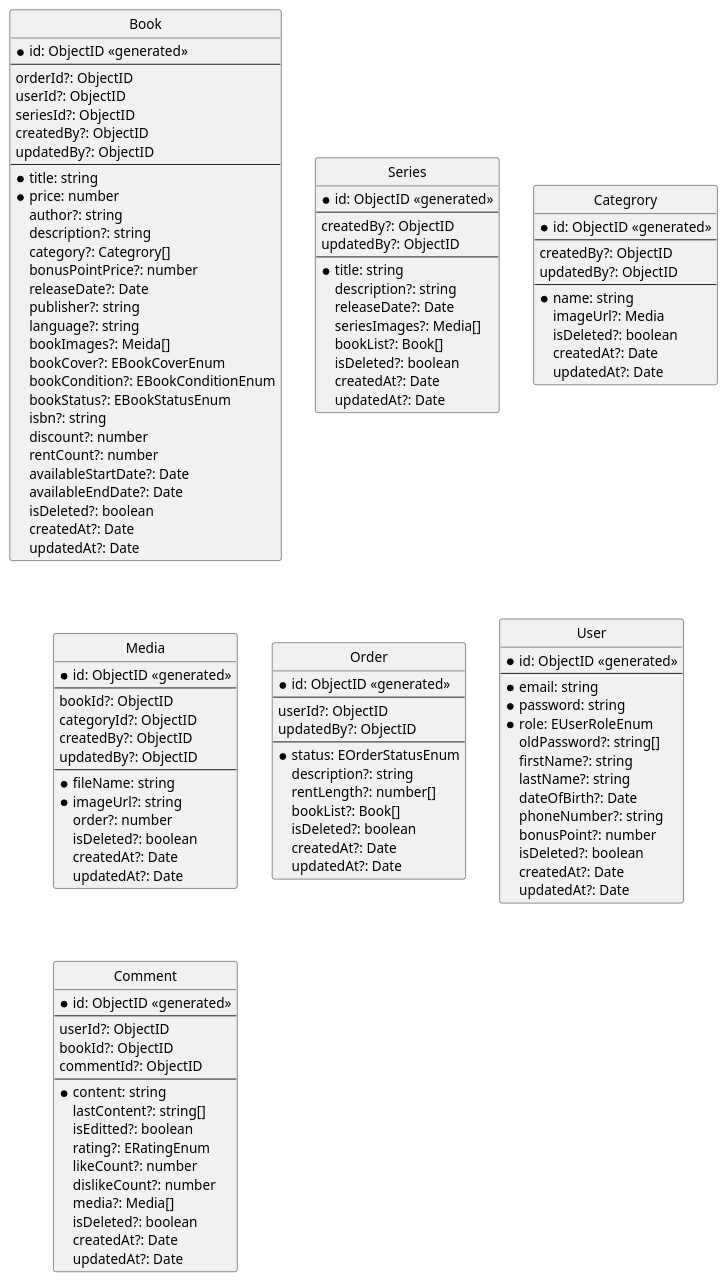
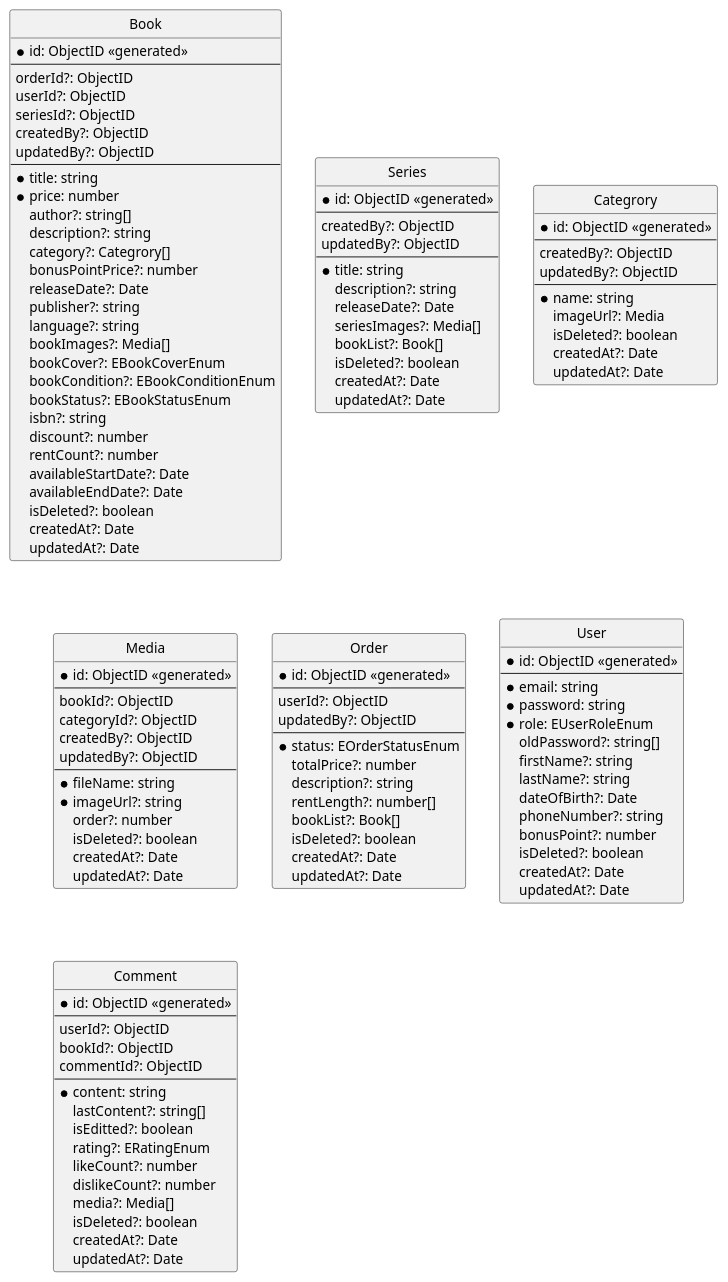
The diagram in docs/ERD/ERD.puml (taint3110/bookshare), drawn with PlantUML before and after one commit. The commit also changed 33 other files, not shown here.

```diff
--- a/docs/ERD/ERD.puml
+++ b/docs/ERD/ERD.puml
@@ -1,173 +1,174 @@
 @startuml BookShare Entity Relationship Diagram
 hide circle
 skinparam linetype ortho
 
 
 entity "Book" as book {
   *id: ObjectID <<generated>>
   --
   orderId?: ObjectID
   userId?: ObjectID
   seriesId?: ObjectID
   createdBy?: ObjectID
   updatedBy?: ObjectID
   --
   *title: string
   *price: number
-  author?: string
+  author?: string[]
   description?: string
   category?: Categrory[]
   bonusPointPrice?: number
   releaseDate?: Date
   publisher?: string
   language?: string
-  bookImages?: Meida[]
+  bookImages?: Media[]
   bookCover?: EBookCoverEnum 
   ' enum EBookCoverEnum {
   '   SOFT = 'soft',
   '   HARD = 'hard',
   ' }
   bookCondition?: EBookConditionEnum
   ' enum EBookConditionEnum {
   '   NEW = 'new',
   '   OLD = 'old',
   '   DAMAGED = 'damaged',
   '   LOST = 'lost',
   ' }
   bookStatus?: EBookStatusEnum
   ' enum EBookStatusEnum {
   '   AVAILABLE = 'available',
   '   UNAVAILABLE = 'unavailable',
-  '   RENTED = 'rented',
+  '   RENTED = '  ',
   ' }
   isbn?: string
   discount?: number
   rentCount?: number
   availableStartDate?: Date
   availableEndDate?: Date
   isDeleted?: boolean
   createdAt?: Date
   updatedAt?: Date
 }
 
 entity "Series" as series {
   *id: ObjectID <<generated>>
   --
   createdBy?: ObjectID
   updatedBy?: ObjectID
   --
   *title: string
   description?: string
   releaseDate?: Date
   seriesImages?: Media[]
   bookList?: Book[]
   isDeleted?: boolean
   createdAt?: Date
   updatedAt?: Date
 }
 
 
 entity "Categrory" as category {
   *id: ObjectID <<generated>>
   --
   createdBy?: ObjectID
   updatedBy?: ObjectID
   --
   *name: string
   imageUrl?: Media
   isDeleted?: boolean
   createdAt?: Date
   updatedAt?: Date
 }
 
 entity "Media" as media {
   *id: ObjectID <<generated>>
   --
   bookId?: ObjectID
   categoryId?: ObjectID
   createdBy?: ObjectID
   updatedBy?: ObjectID
   --
   *fileName: string
   *imageUrl?: string
   order?: number
   isDeleted?: boolean
   createdAt?: Date
   updatedAt?: Date
 }
 
 
 entity "Order" as order {
   *id: ObjectID <<generated>>
   --
   userId?: ObjectID
   updatedBy?: ObjectID
   --
   *status: EOrderStatusEnum
   ' enum EApplicantStatus {
   '   NEW = 'new',
   '   READY = 'ready',
   '   DONE = 'done',
   '   FAILED = 'failed',
   '   CANCELLED = 'cancelled',
   '   RETURNED = 'returned',
   '   REFUNDED = 'refunded',
   '   OVERDUE = 'overdue',
   ' }
+  totalPrice?: number
   description?: string
   rentLength?: number[]
   bookList?: Book[]
   isDeleted?: boolean
   createdAt?: Date
   updatedAt?: Date
 }
 
 entity "User" as user {
   *id: ObjectID <<generated>>
   --
   *email: string
   *password: string
   *role: EUserRoleEnum
   ' enum EUserRoleEnum {
   '   ADMIN = 'admin',
   '   CUSTOMER = 'customer',
   '   STAFF = 'staff',
   ' }
   oldPassword?: string[]
   firstName?: string
   lastName?: string
   dateOfBirth?: Date
   phoneNumber?: string
   bonusPoint?: number
   isDeleted?: boolean
   createdAt?: Date
   updatedAt?: Date
 }
 
 entity "Comment" as comment {
   *id: ObjectID <<generated>>
   --
   userId?: ObjectID
   bookId?: ObjectID
   commentId?: ObjectID
   --
   *content: string
   lastContent?: string[]
   isEditted?: boolean
   rating?: ERatingEnum 
   ' ERatingEnum {
   '  ONE = 1,
   '  TWO = 2,
   '  THREE = 3,
   '  FOUR = 4,
   '  FIVE = 5, 
   ' }
   likeCount?: number
   dislikeCount?: number
   media?: Media[]
   isDeleted?: boolean
   createdAt?: Date
   updatedAt?: Date
 }
 
 @enduml
```
